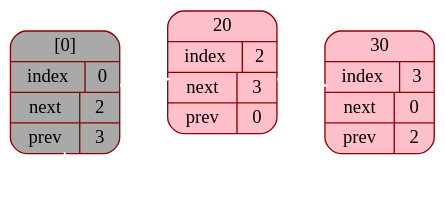
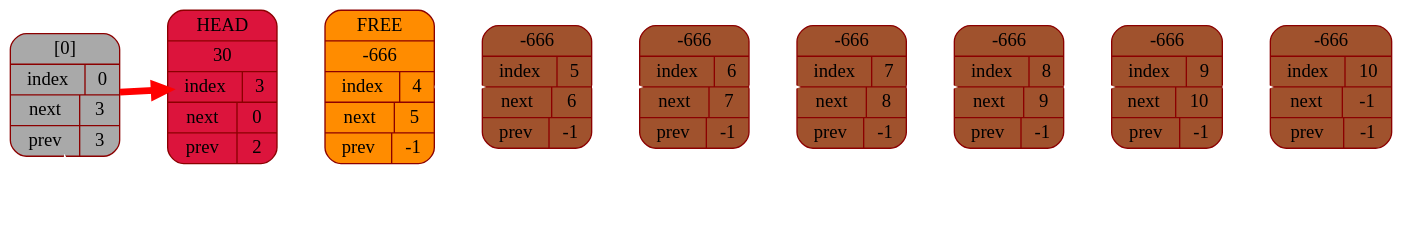
One commit to Arti-catt/Doubly-Linked-List changed the diagram in graph.dot. Above: the diagram before and after it, drawn with Graphviz. The commit also changed 12 other files, not shown here.

```diff
--- a/graph.dot
+++ b/graph.dot
@@ -1,14 +1,26 @@
 digraph G {
 	bgcolor = "transparent";
 	rankdir = LR;
 	node [shape = Mrecord, color = darkred, style = filled, fillcolor = pink];
 	edge [color = "white", penwidth = 2];
 
-	node0 [label = "{[0]} | {index | 0} | {next | 2} | {prev | 3}", fillcolor = darkgrey];
-	node2 [label = "{20} | {index | 2} | {next | 3} | {prev | 0}"];
-	node3 [label = "{30} | {index | 3} | {next | 0} | {prev | 2}"];
+	node0 [label = "{[0]} | {index | 0} | {next | 3} | {prev | 3}", fillcolor = darkgrey];
+	node3 [label = "{HEAD} | {30} | {index | 3} | {next | 0} | {prev | 2}", fillcolor = crimson];
+	node4 [label = "{FREE} | {-666} | {index | 4} | {next | 5} | {prev | -1}", fillcolor = darkorange];
+	node5 [label = "{-666} | {index | 5} | {next | 6} | {prev | -1}", fillcolor = sienna];
+	node6 [label = "{-666} | {index | 6} | {next | 7} | {prev | -1}", fillcolor = sienna];
+	node7 [label = "{-666} | {index | 7} | {next | 8} | {prev | -1}", fillcolor = sienna];
+	node8 [label = "{-666} | {index | 8} | {next | 9} | {prev | -1}", fillcolor = sienna];
+	node9 [label = "{-666} | {index | 9} | {next | 10} | {prev | -1}", fillcolor = sienna];
+	node10 [label = "{-666} | {index | 10} | {next | -1} | {prev | -1}", fillcolor = sienna];
 
-	node0-> node2;
-	node2-> node3;
-	node3:s -> node0:s;
+	node0->node3 [color = "red", penwidth = 5];
+	node3:s->node0:s;
+	node3->node4 [style = invis];
+	node4->node5;
+	node5->node6;
+	node6->node7;
+	node7->node8;
+	node8->node9;
+	node9->node10;
 }
```
